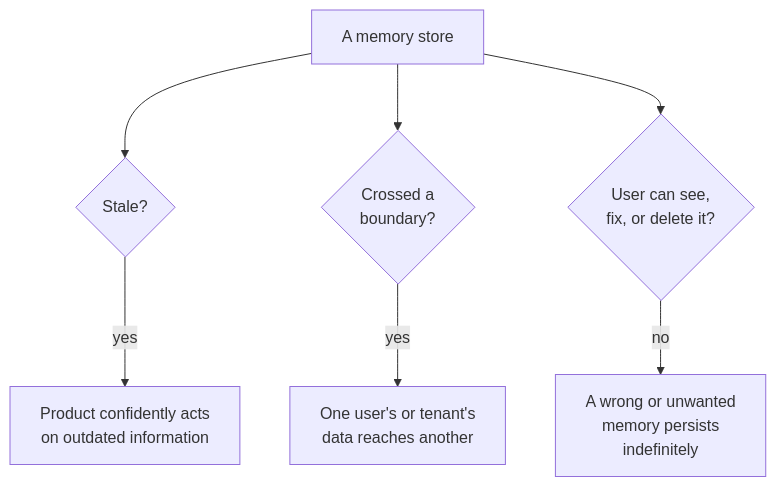
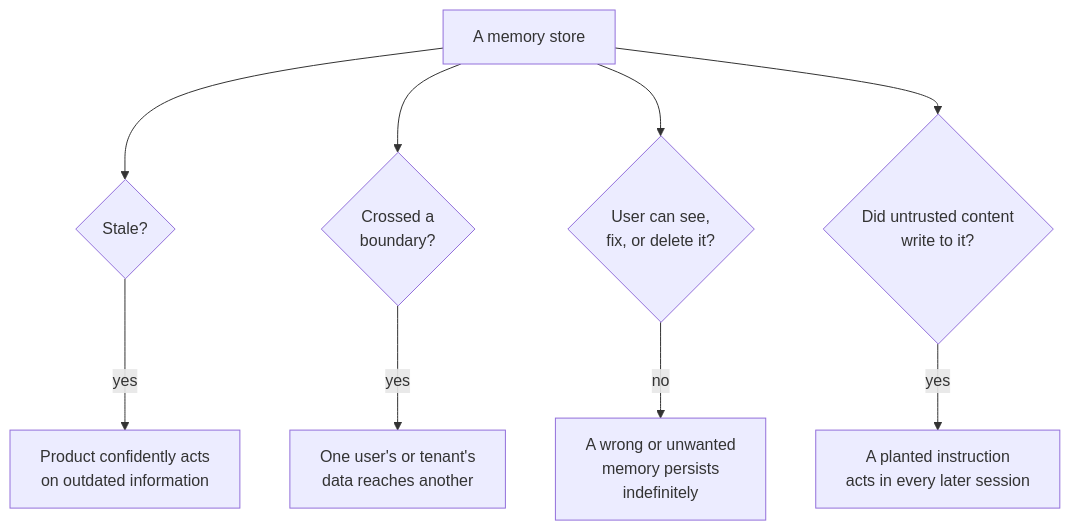
The diagram in memory-and-context/when-memory-goes-wrong.md (aakashagg123/gatsby), drawn with Mermaid before and after one commit. The commit also changed other lines of this file and 22 other files, not shown here.

````diff
--- a/memory-and-context/when-memory-goes-wrong.md
+++ b/memory-and-context/when-memory-goes-wrong.md
@@ -49,9 +46,11 @@
 ```mermaid
 flowchart TB
   MEM["A memory store"] --> STALE{"Stale?"}
   STALE -->|"yes"| WRONG["Product confidently acts<br/>on outdated information"]
   MEM --> LEAK{"Crossed a<br/>boundary?"}
   LEAK -->|"yes"| EXPOSED["One user's or tenant's<br/>data reaches another"]
   MEM --> CORRECT{"User can see,<br/>fix, or delete it?"}
   CORRECT -->|"no"| STUCK["A wrong or unwanted<br/>memory persists<br/>indefinitely"]
+  MEM --> POISON{"Did untrusted content<br/>write to it?"}
+  POISON -->|"yes"| PLANTED["A planted instruction<br/>acts in every later session"]
 ```
````
